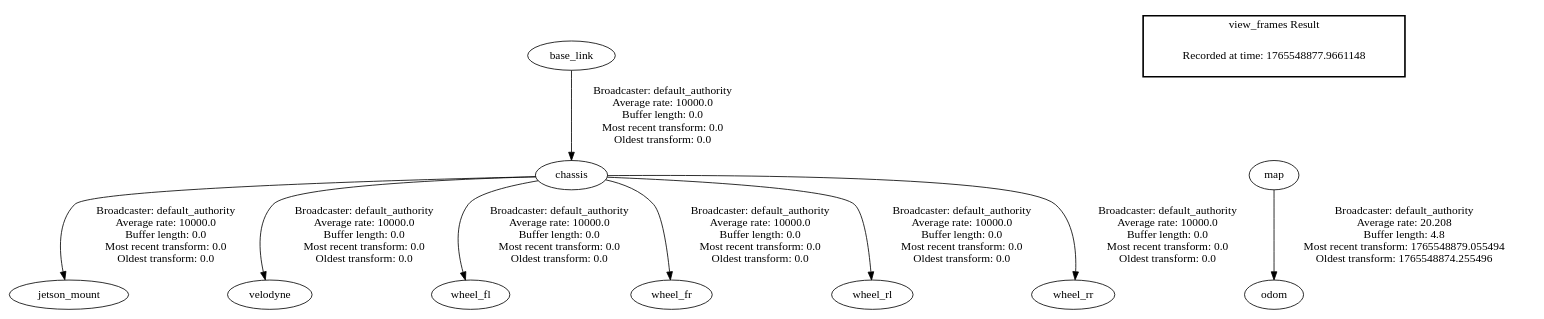
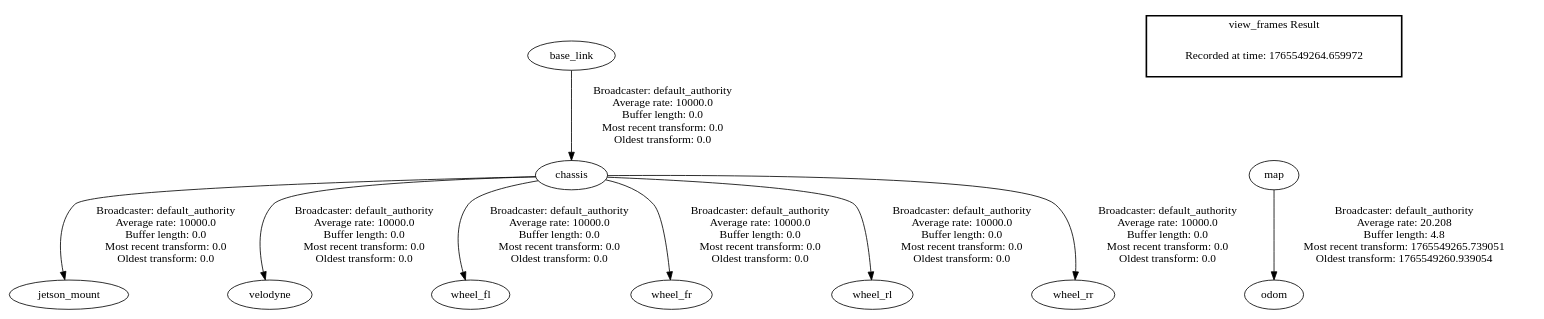
One commit to lukasderia/ros2_leo_ws changed the diagram in frames.gv. Above: the diagram before and after it, drawn with Graphviz. The commit also changed 2 other files, not shown here.

Commit message:
changed back to original odom tf node

```diff
--- a/frames.gv
+++ b/frames.gv
@@ -1,14 +1,14 @@
 digraph G {
 "base_link" -> "chassis"[label=" Broadcaster: default_authority\nAverage rate: 10000.0\nBuffer length: 0.0\nMost recent transform: 0.0\nOldest transform: 0.0\n"];
 "chassis" -> "jetson_mount"[label=" Broadcaster: default_authority\nAverage rate: 10000.0\nBuffer length: 0.0\nMost recent transform: 0.0\nOldest transform: 0.0\n"];
 "chassis" -> "velodyne"[label=" Broadcaster: default_authority\nAverage rate: 10000.0\nBuffer length: 0.0\nMost recent transform: 0.0\nOldest transform: 0.0\n"];
 "chassis" -> "wheel_fl"[label=" Broadcaster: default_authority\nAverage rate: 10000.0\nBuffer length: 0.0\nMost recent transform: 0.0\nOldest transform: 0.0\n"];
 "chassis" -> "wheel_fr"[label=" Broadcaster: default_authority\nAverage rate: 10000.0\nBuffer length: 0.0\nMost recent transform: 0.0\nOldest transform: 0.0\n"];
 "chassis" -> "wheel_rl"[label=" Broadcaster: default_authority\nAverage rate: 10000.0\nBuffer length: 0.0\nMost recent transform: 0.0\nOldest transform: 0.0\n"];
 "chassis" -> "wheel_rr"[label=" Broadcaster: default_authority\nAverage rate: 10000.0\nBuffer length: 0.0\nMost recent transform: 0.0\nOldest transform: 0.0\n"];
-"map" -> "odom"[label=" Broadcaster: default_authority\nAverage rate: 20.208\nBuffer length: 4.8\nMost recent transform: 1765548879.055494\nOldest transform: 1765548874.255496\n"];
+"map" -> "odom"[label=" Broadcaster: default_authority\nAverage rate: 20.208\nBuffer length: 4.8\nMost recent transform: 1765549265.739051\nOldest transform: 1765549260.939054\n"];
 edge [style=invis];
  subgraph cluster_legend { style=bold; color=black; label ="view_frames Result";
-"Recorded at time: 1765548877.9661148"[ shape=plaintext ] ;
+"Recorded at time: 1765549264.659972"[ shape=plaintext ] ;
 }->"map";
 }
```
